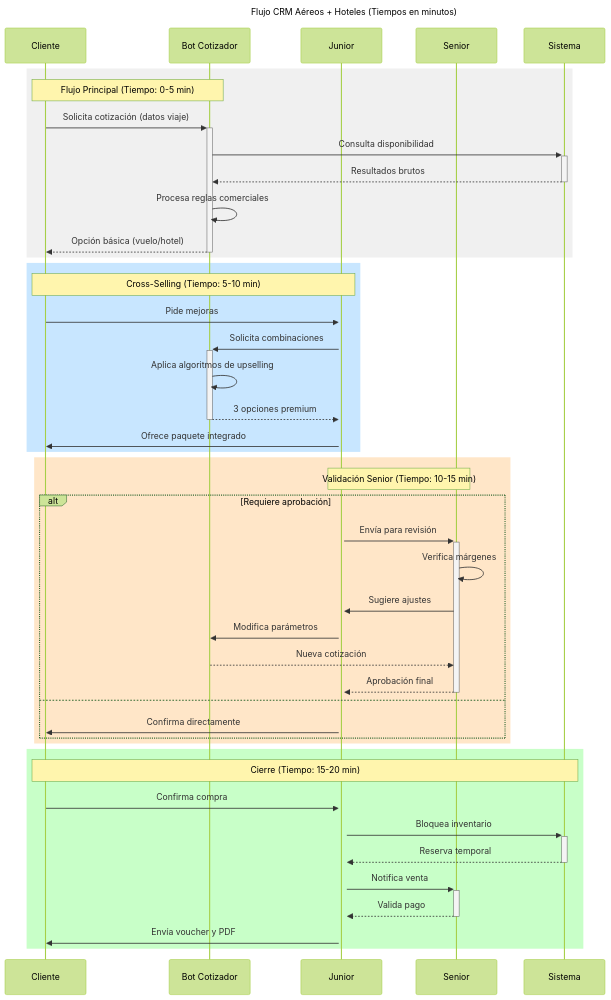
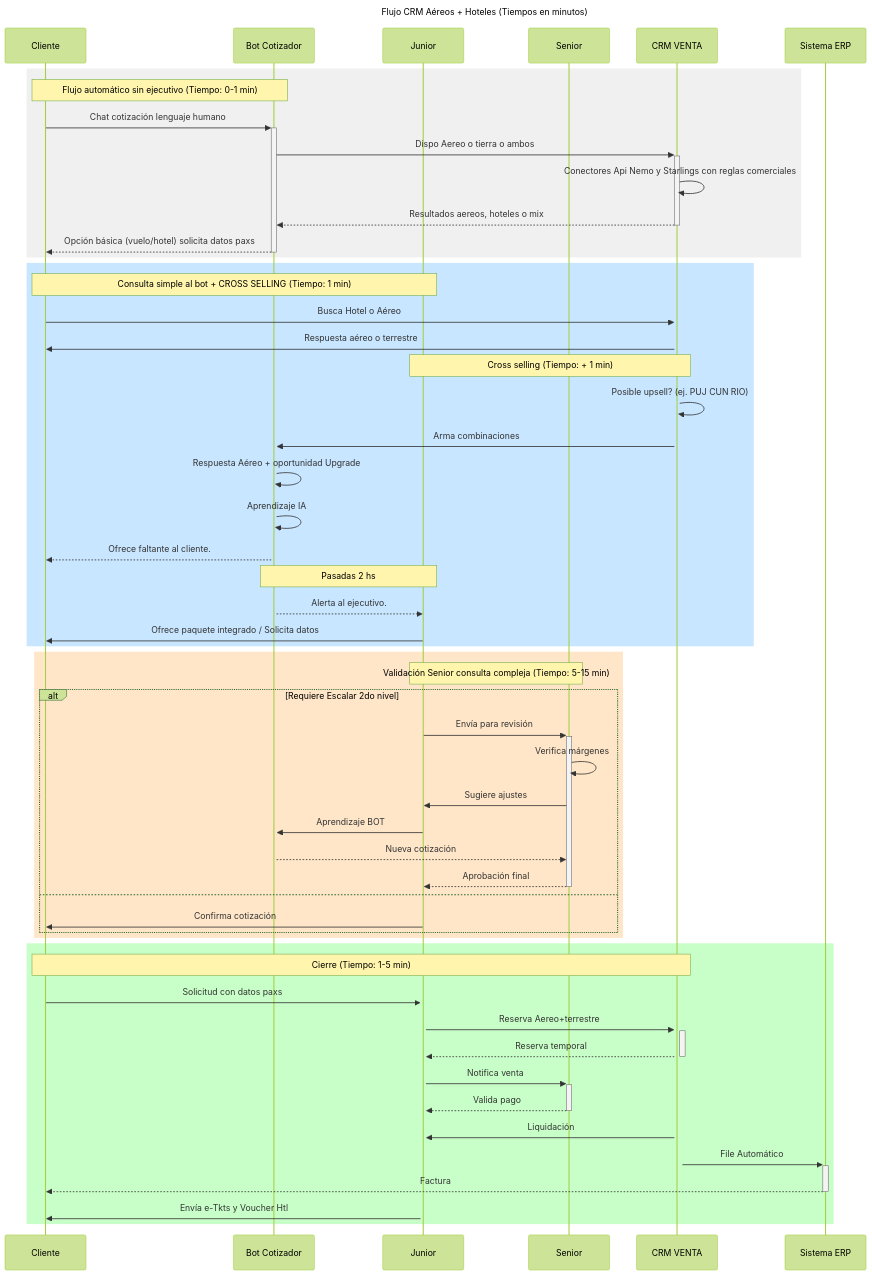
The second of 5 diagrams in DeepSeek_Django.md (MarcoCenturion/Linux), drawn with Mermaid before and after one commit. The commit also changed other lines of this file, not shown here.

Commit message:
Django api crm

````diff
--- a/DeepSeek_Django.md
+++ b/DeepSeek_Django.md
@@ -85,52 +70,62 @@
 ```mermaid
 %%{init: {'theme': 'forest', 'fontFamily': 'Arial', 'gantt': {'barHeight': 40}}}%%
 sequenceDiagram
     title Flujo CRM Aéreos + Hoteles (Tiempos en minutos)
     participant C as Cliente
     participant B as Bot Cotizador
     participant J as Junior
     participant S as Senior
-    participant SYS as Sistema
+    participant SYS as CRM VENTA
+    participant ERP as Sistema ERP
 
     rect rgb(240, 240, 240)
-        Note over C,B: Flujo Principal (Tiempo: 0-5 min)
-        C->>+B: Solicita cotización (datos viaje)
-        B->>+SYS: Consulta disponibilidad
-        SYS-->>-B: Resultados brutos
-        B->>B: Procesa reglas comerciales
-        B-->>-C: Opción básica (vuelo/hotel)
+        Note over C,B: Flujo automático sin ejecutivo (Tiempo: 0-1 min)
+        C->>+B: Chat cotización lenguaje humano
+        B->>+SYS: Dispo Aereo o tierra o ambos
+        SYS->>SYS: Conectores Api Nemo y Starlings con reglas comerciales
+        SYS-->>-B: Resultados aereos, hoteles o mix
+        B-->>-C: Opción básica (vuelo/hotel) solicita datos paxs
     end
 
     rect rgb(200, 230, 255)
-        Note over C,J: Cross-Selling (Tiempo: 5-10 min)
-        C->>+J: Pide mejoras
-        J->>+B: Solicita combinaciones
-        B->>B: Aplica algoritmos de upselling
-        B-->>-J: 3 opciones premium
-        J->>C: Ofrece paquete integrado
+        Note over C,J: Consulta simple al bot + CROSS SELLING (Tiempo: 1 min)
+        C->>+SYS: Busca Hotel o Aéreo
+        SYS->>C: Respuesta aéreo o terrestre 
+        Note over J,SYS: Cross selling (Tiempo: + 1 min)
+        SYS->>+SYS: Posible upsell? (ej. PUJ CUN RIO)
+        SYS->>+B: Arma combinaciones
+        B->>B: Respuesta Aéreo + oportunidad Upgrade
+        B->>B: Aprendizaje IA
+        B-->>C: Ofrece faltante al cliente.
+        Note over B,J: Pasadas 2 hs 
+        B-->>J: Alerta al ejecutivo.
+        J->>C: Ofrece paquete integrado / Solicita datos
     end
 
     rect rgb(255, 230, 200)
-        Note over J,S: Validación Senior (Tiempo: 10-15 min)
-        alt Requiere aprobación
+        Note over J,S: Validación Senior consulta compleja (Tiempo: 5-15 min)
+        alt Requiere Escalar 2do nivel
             J->>+S: Envía para revisión
             S->>S: Verifica márgenes
             S->>J: Sugiere ajustes
-            J->>B: Modifica parámetros
+            J->>B: Aprendizaje BOT
             B-->>S: Nueva cotización
             S-->>-J: Aprobación final
         else
-            J->>C: Confirma directamente
+            J->>C: Confirma cotización
         end
     end
 
     rect rgb(200, 255, 200)
-        Note over C,SYS: Cierre (Tiempo: 15-20 min)
-        C->>+J: Confirma compra
-        J->>+SYS: Bloquea inventario
+        Note over C,SYS: Cierre (Tiempo: 1-5 min)
+        C->>+J: Solicitud con datos paxs 
+        J->>+SYS: Reserva Aereo+terrestre
         SYS-->>-J: Reserva temporal
         J->>+S: Notifica venta
         S-->>-J: Valida pago
-        J->>C: Envía voucher y PDF
+        SYS->>J: Liquidación
+        SYS->>+ERP : File Automático
+        ERP-->>-C: Factura
+        J->>C: Envía e-Tkts y Voucher Htl
     end
 ```
````
